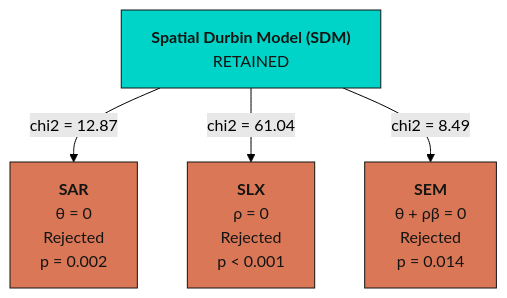
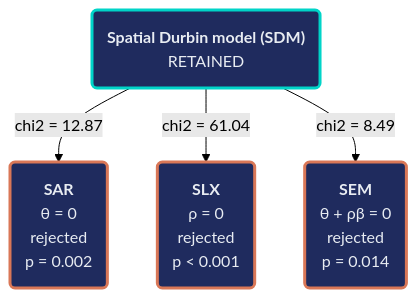
The third of 3 diagrams in content/post/stata_sp_regression_panel/index.md (cmg777/starter-academic-v501), drawn with Mermaid (forest theme) before and after one commit. The commit also changed other lines of this file and 10 other files, not shown here.

First line of the commit message:
content(mermaid): restyle flowcharts in Stata posts (batch 2 of 2) and the EM publication (EN/ES/JA); add log

````diff
--- a/content/post/stata_sp_regression_panel/index.md
+++ b/content/post/stata_sp_regression_panel/index.md
@@ -726,16 +731,15 @@
 ```mermaid
 graph TD
-    SDM["<b>Spatial Durbin Model (SDM)</b><br/>RETAINED"]
-    SAR["<b>SAR</b><br/>θ = 0<br/>Rejected<br/>p = 0.002"]
-    SLX["<b>SLX</b><br/>ρ = 0<br/>Rejected<br/>p < 0.001"]
-    SEM["<b>SEM</b><br/>θ + ρβ = 0<br/>Rejected<br/>p = 0.014"]
+    SDM("<b>Spatial Durbin model (SDM)</b><br/>RETAINED")
+    SAR("<b>SAR</b><br/>θ = 0<br/>rejected<br/>p = 0.002")
+    SLX("<b>SLX</b><br/>ρ = 0<br/>rejected<br/>p < 0.001")
+    SEM("<b>SEM</b><br/>θ + ρβ = 0<br/>rejected<br/>p = 0.014")
 
     SDM -->|"chi2 = 12.87"| SAR
     SDM -->|"chi2 = 61.04"| SLX
     SDM -->|"chi2 = 8.49"| SEM
-
-    style SDM fill:#00d4c8,stroke:#141413,color:#141413
-    style SAR fill:#d97757,stroke:#141413,color:#141413
-    style SLX fill:#d97757,stroke:#141413,color:#141413
-    style SEM fill:#d97757,stroke:#141413,color:#141413
+    classDef teal fill:#1f2b5e,stroke:#00d4c8,stroke-width:3px,color:#e8ecf2
+    classDef orange fill:#1f2b5e,stroke:#d97757,stroke-width:3px,color:#e8ecf2
+    class SDM teal
+    class SAR,SLX,SEM orange
 ```
````
